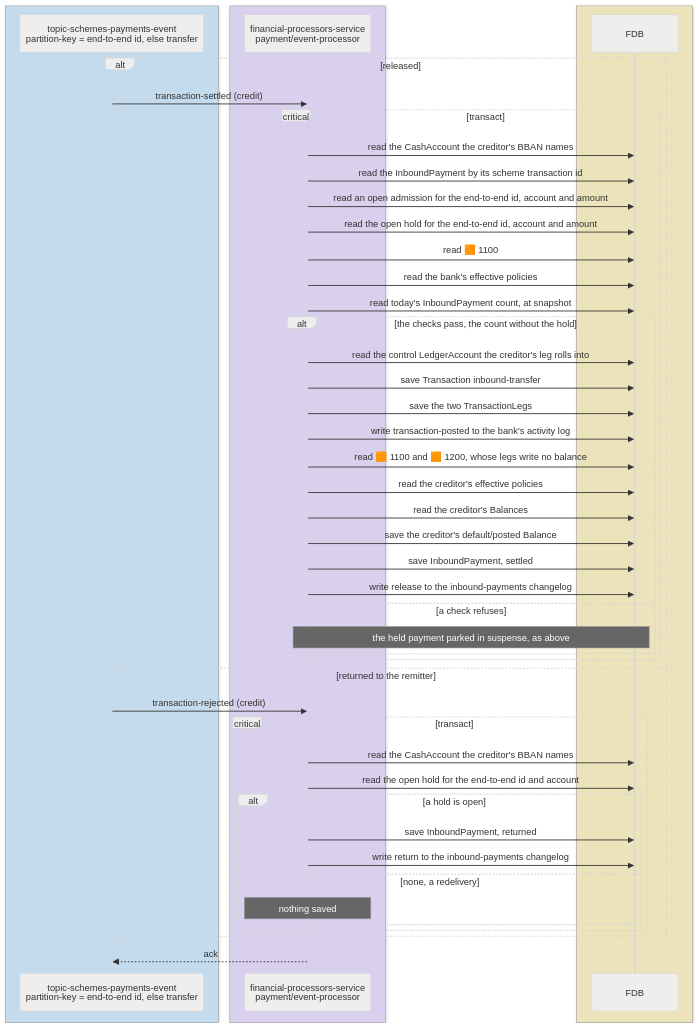
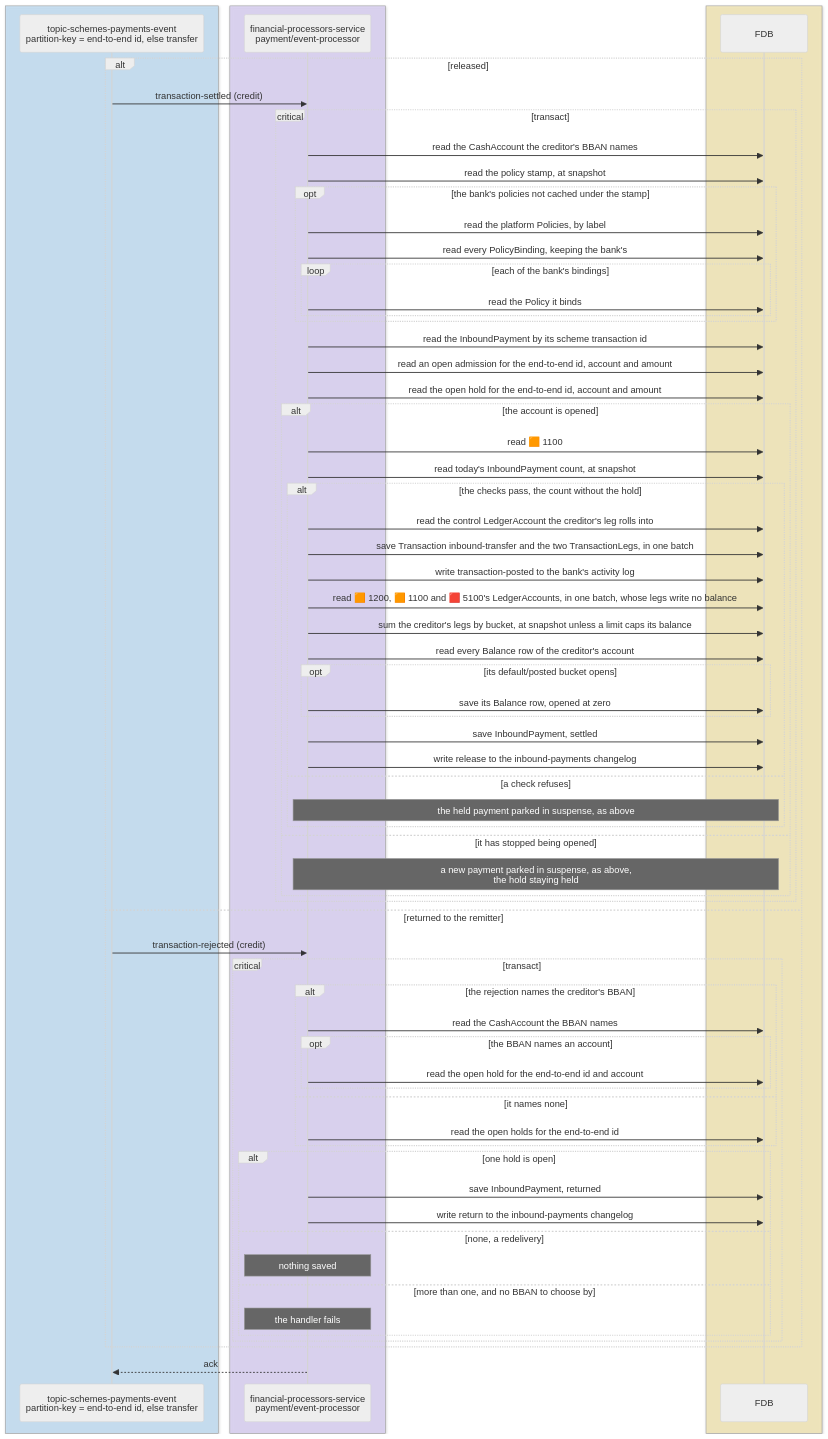
Before and after one commit to repldriven/queenswood: the eighth of 15 diagrams in docs/tdd/payments-inbound.md, drawn with Mermaid (neutral theme). The commit also changed other lines of this file and 2 other files, not shown here.

Commit message:
Draw each payment flow's FDB calls as the code makes them: balances summed from legs and a row saved only where a bucket opens, batched reads and saves, the policy stamp and the ledger account id cache, and the intent poller's limited reads, rounds and concurrent reconciles

````diff
--- a/docs/tdd/payments-inbound.md
+++ b/docs/tdd/payments-inbound.md
@@ -393,51 +422,71 @@
 ```mermaid
 sequenceDiagram
     box rgba(165, 216, 255, 0.45)
     participant SE as topic-schemes-payments-event<br/>partition-key = end-to-end id, else transfer
     end
     box rgba(208, 191, 255, 0.45)
     participant PE as financial-processors-service<br/>payment/event-processor
     end
     box rgba(255, 236, 153, 0.5)
     participant DB as FDB
     end
     alt released
     SE->>PE: transaction-settled (credit)
     critical transact
     PE->>DB: read the CashAccount the creditor's BBAN names
+    PE->>DB: read the policy stamp, at snapshot
+    opt the bank's policies not cached under the stamp
+    PE->>DB: read the platform Policies, by label
+    PE->>DB: read every PolicyBinding, keeping the bank's
+    loop each of the bank's bindings
+    PE->>DB: read the Policy it binds
+    end
+    end
     PE->>DB: read the InboundPayment by its scheme transaction id
     PE->>DB: read an open admission for the end-to-end id, account and amount
     PE->>DB: read the open hold for the end-to-end id, account and amount
+    alt the account is opened
     PE->>DB: read 🟧 1100
-    PE->>DB: read the bank's effective policies
     PE->>DB: read today's InboundPayment count, at snapshot
     alt the checks pass, the count without the hold
     PE->>DB: read the control LedgerAccount the creditor's leg rolls into
-    PE->>DB: save Transaction inbound-transfer
-    PE->>DB: save the two TransactionLegs
+    PE->>DB: save Transaction inbound-transfer and the two TransactionLegs, in one batch
     PE->>DB: write transaction-posted to the bank's activity log
-    PE->>DB: read 🟧 1100 and 🟧 1200, whose legs write no balance
-    PE->>DB: read the creditor's effective policies
-    PE->>DB: read the creditor's Balances
-    PE->>DB: save the creditor's default/posted Balance
+    PE->>DB: read 🟧 1200, 🟧 1100 and 🟥 5100's LedgerAccounts, in one batch, whose legs write no balance
+    PE->>DB: sum the creditor's legs by bucket, at snapshot unless a limit caps its balance
+    PE->>DB: read every Balance row of the creditor's account
+    opt its default/posted bucket opens
+    PE->>DB: save its Balance row, opened at zero
+    end
     PE->>DB: save InboundPayment, settled
     PE->>DB: write release to the inbound-payments changelog
     else a check refuses
     Note over PE,DB: the held payment parked in suspense, as above
     end
+    else it has stopped being opened
+    Note over PE,DB: a new payment parked in suspense, as above,<br/>the hold staying held
+    end
     end
     else returned to the remitter
     SE->>PE: transaction-rejected (credit)
     critical transact
-    PE->>DB: read the CashAccount the creditor's BBAN names
+    alt the rejection names the creditor's BBAN
+    PE->>DB: read the CashAccount the BBAN names
+    opt the BBAN names an account
     PE->>DB: read the open hold for the end-to-end id and account
-    alt a hold is open
+    end
+    else it names none
+    PE->>DB: read the open holds for the end-to-end id
+    end
+    alt one hold is open
     PE->>DB: save InboundPayment, returned
     PE->>DB: write return to the inbound-payments changelog
     else none, a redelivery
     Note over PE: nothing saved
+    else more than one, and no BBAN to choose by
+    Note over PE: the handler fails
     end
     end
     end
     PE-->>SE: ack
 ```
````
